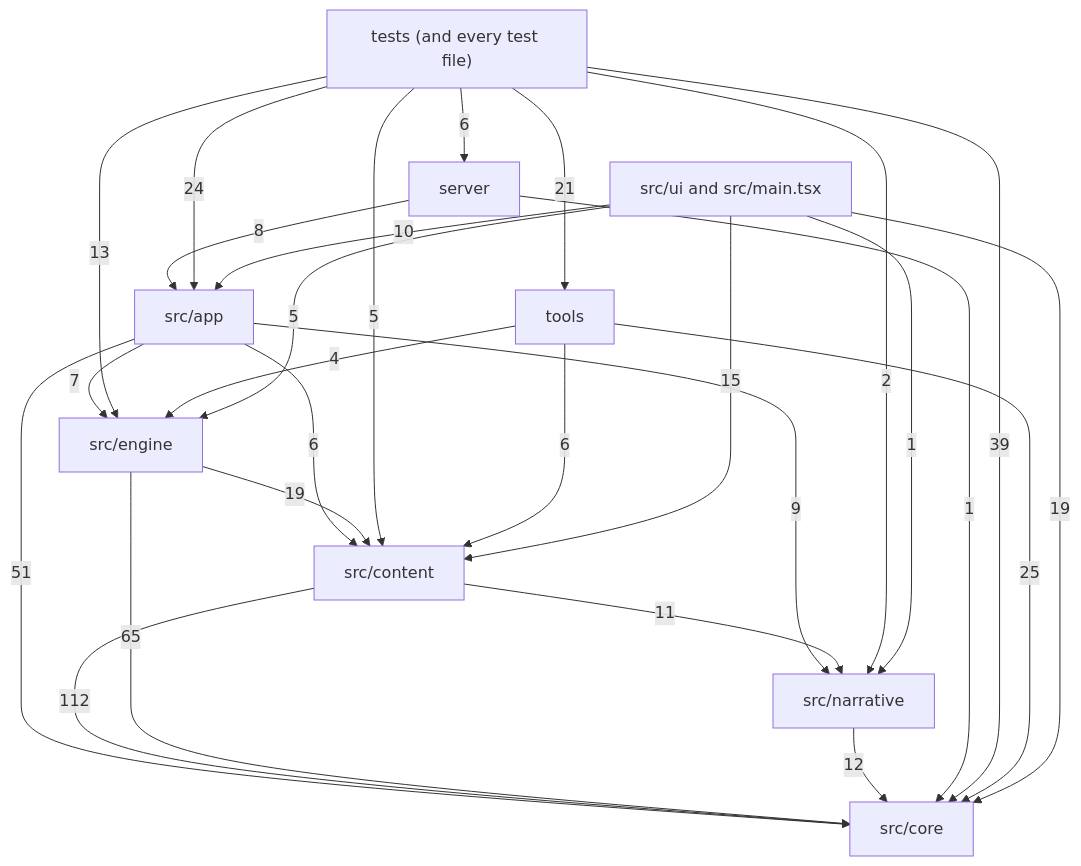
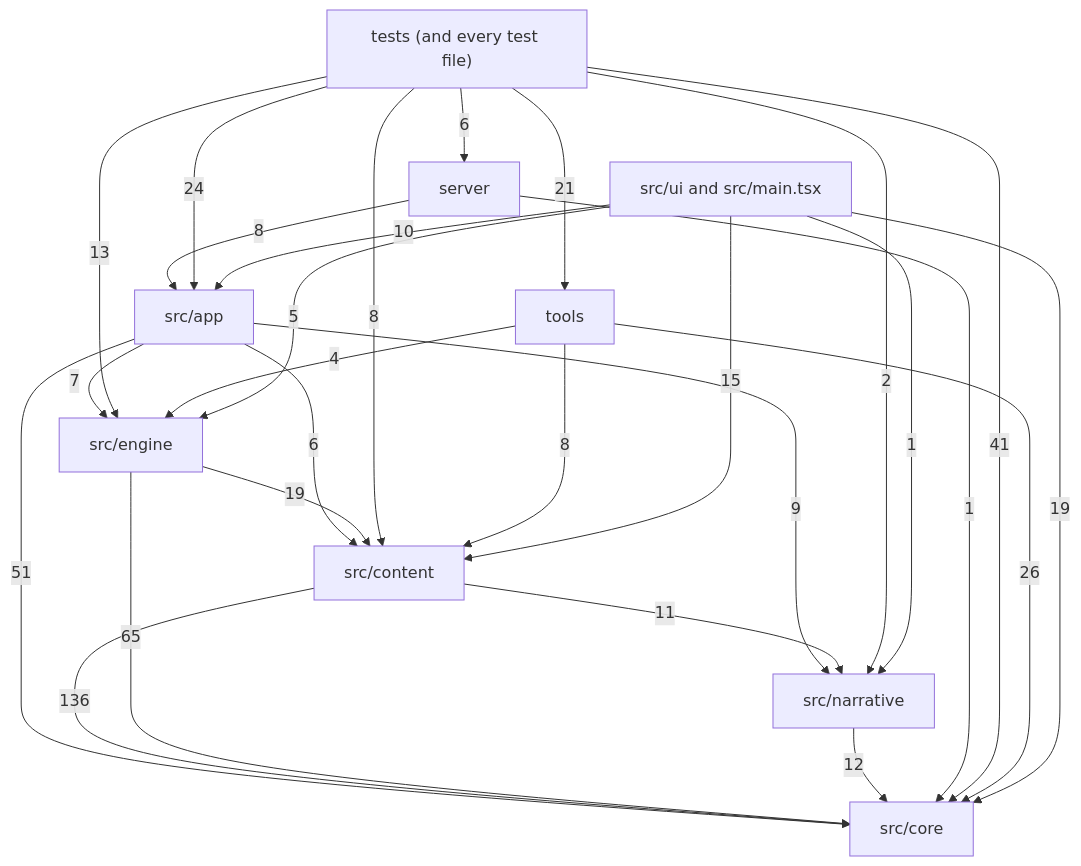
Before and after one commit to OrangeB0lt/Cyber-funk: the diagram in docs/reference/code-map/README.md, drawn with Mermaid. The commit also changed other lines of this file and 30 other files, not shown here.

````diff
--- a/docs/reference/code-map/README.md
+++ b/docs/reference/code-map/README.md
@@ -29,38 +29,38 @@
 ```mermaid
 flowchart TD
   core["src/core"]
   narrative["src/narrative"]
   content["src/content"]
   engine["src/engine"]
   app["src/app"]
   ui["src/ui and src/main.tsx"]
   server["server"]
   tools["tools"]
   tests["tests (and every test file)"]
   app -->|6| content
   app -->|51| core
   app -->|7| engine
   app -->|9| narrative
-  content -->|112| core
+  content -->|136| core
   content -->|11| narrative
   engine -->|19| content
   engine -->|65| core
   narrative -->|12| core
   server -->|8| app
   server -->|1| core
   tests -->|24| app
-  tests -->|5| content
-  tests -->|39| core
+  tests -->|8| content
+  tests -->|41| core
   tests -->|13| engine
   tests -->|2| narrative
   tests -->|6| server
   tests -->|21| tools
-  tools -->|6| content
-  tools -->|25| core
+  tools -->|8| content
+  tools -->|26| core
   tools -->|4| engine
   ui -->|10| app
   ui -->|15| content
   ui -->|19| core
   ui -->|5| engine
   ui -->|1| narrative
 ```
````
